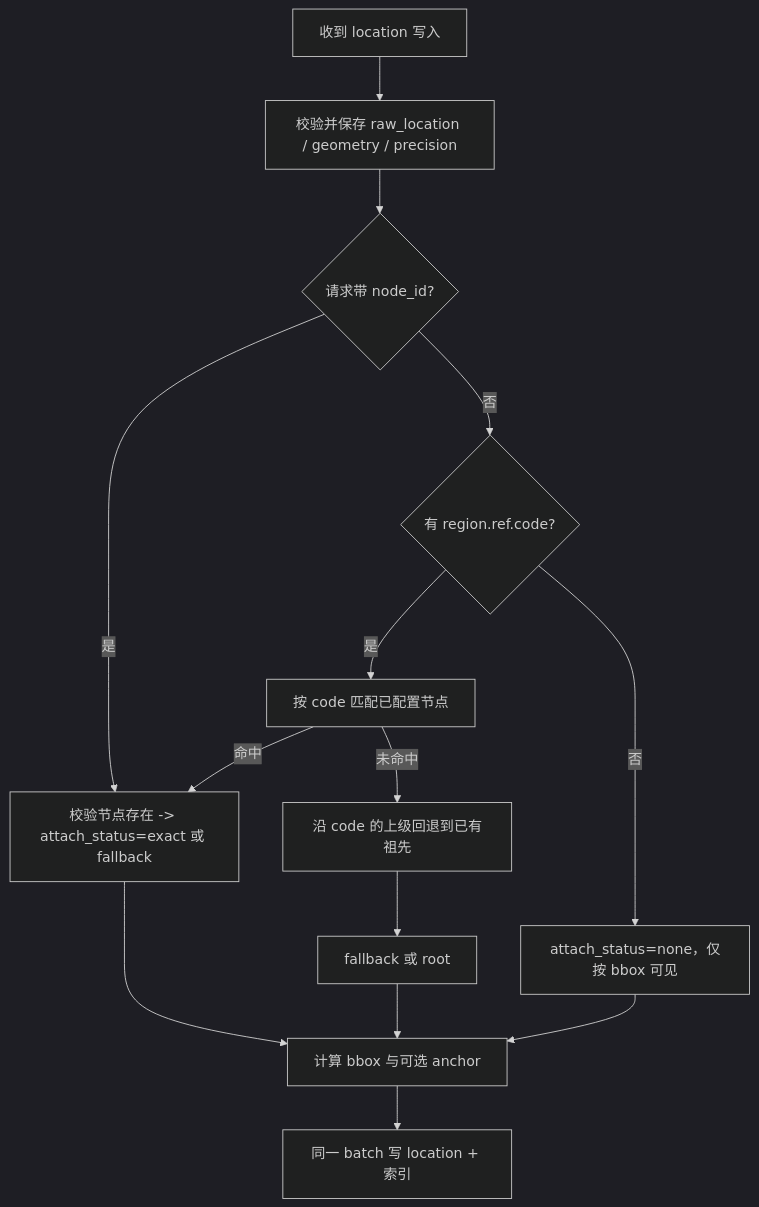
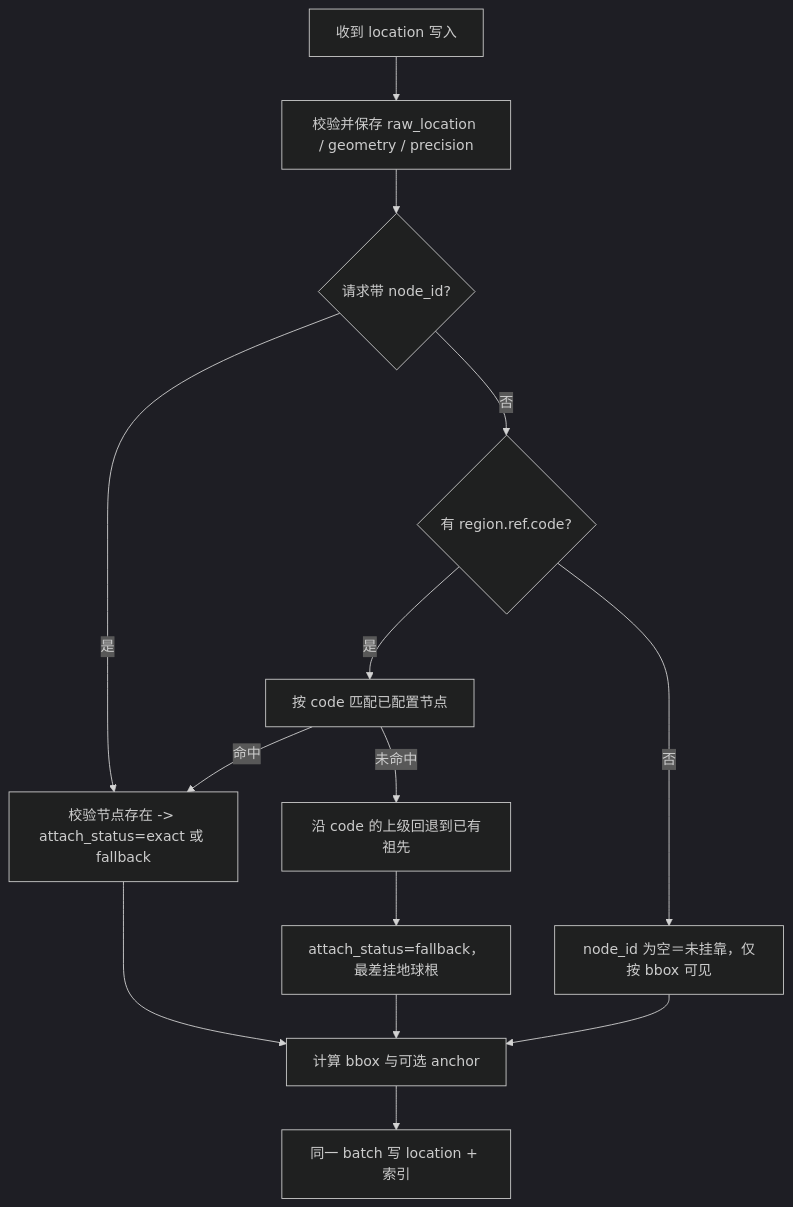
The third of 3 diagrams in docs/02-detailed-design.md (cj2cf99/worldandCity), drawn with Mermaid (dark theme) before and after one commit. The commit also changed other lines of this file and 3 other files, not shown here.

````diff
--- a/docs/02-detailed-design.md
+++ b/docs/02-detailed-design.md
@@ -418,16 +418,16 @@
 ```mermaid
 flowchart TD
   A[收到 location 写入] --> B[校验并保存 raw_location / geometry / precision]
   B --> C{请求带 node_id?}
   C -- 是 --> D[校验节点存在 -> attach_status=exact 或 fallback]
   C -- 否 --> E{有 region.ref.code?}
   E -- 是 --> F[按 code 匹配已配置节点]
   F -- 命中 --> D
   F -- 未命中 --> G[沿 code 的上级回退到已有祖先]
-  E -- 否 --> H[attach_status=none，仅按 bbox 可见]
-  G --> I[fallback 或 root]
+  E -- 否 --> H[node_id 为空＝未挂靠，仅按 bbox 可见]
+  G --> I[attach_status=fallback，最差挂地球根]
   D --> J[计算 bbox 与可选 anchor]
   I --> J
   H --> J
   J --> K[同一 batch 写 location + 索引]
 ```
````
